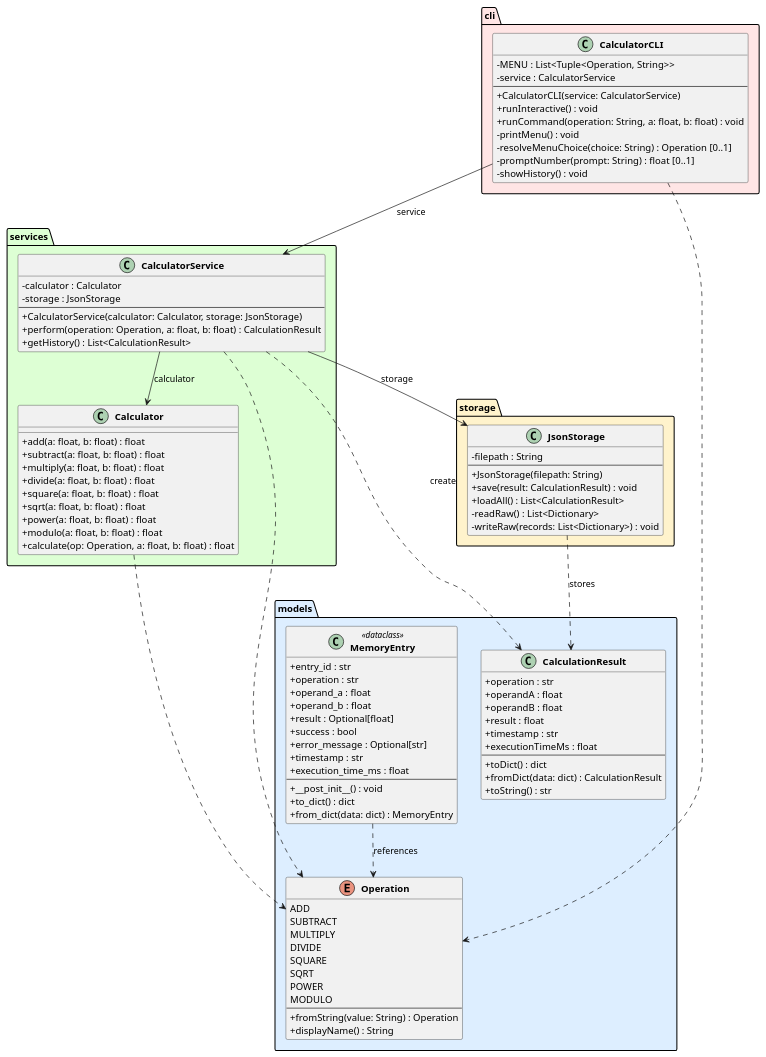
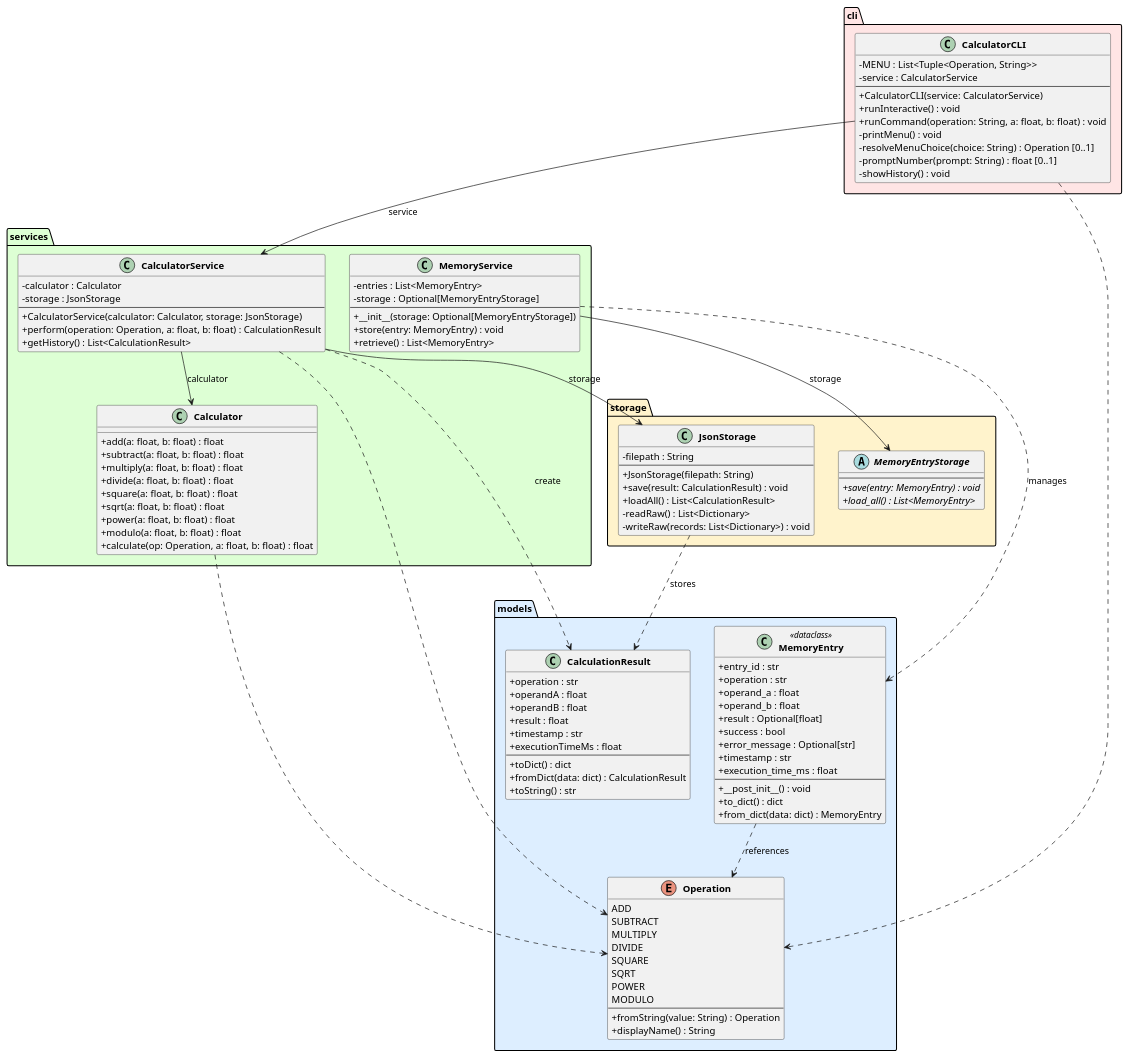
The diagram in experiments/pipeline/user_stories/calculator/artifacts/class_diagram.puml (DanielRiha8906/Software_autoevolution_using_agents), drawn with PlantUML before and after one commit. The commit also changed 7 other files, not shown here.

```diff
--- a/experiments/pipeline/user_stories/calculator/artifacts/class_diagram.puml
+++ b/experiments/pipeline/user_stories/calculator/artifacts/class_diagram.puml
@@ -1,112 +1,129 @@
 @startuml class_diagram
 
 skinparam classAttributeIconSize 0
 skinparam classFontStyle bold
 
 package "models" #DDEEFF {
     enum Operation {
         ADD
         SUBTRACT
         MULTIPLY
         DIVIDE
         SQUARE
         SQRT
         POWER
         MODULO
         --
         +fromString(value: String) : Operation
         +displayName() : String
     }
 
     class CalculationResult {
         +operation : str
         +operandA : float
         +operandB : float
         +result : float
         +timestamp : str
         +executionTimeMs : float
         --
         +toDict() : dict
         +fromDict(data: dict) : CalculationResult
         +toString() : str
     }
 
     class MemoryEntry <<dataclass>> {
         +entry_id : str
         +operation : str
         +operand_a : float
         +operand_b : float
         +result : Optional[float]
         +success : bool
         +error_message : Optional[str]
         +timestamp : str
         +execution_time_ms : float
         --
         +__post_init__() : void
         +to_dict() : dict
         +from_dict(data: dict) : MemoryEntry
     }
 }
 
 package "services" #DDFFD4 {
     class Calculator {
         +add(a: float, b: float) : float
         +subtract(a: float, b: float) : float
         +multiply(a: float, b: float) : float
         +divide(a: float, b: float) : float
         +square(a: float, b: float) : float
         +sqrt(a: float, b: float) : float
         +power(a: float, b: float) : float
         +modulo(a: float, b: float) : float
         +calculate(op: Operation, a: float, b: float) : float
     }
 
     class CalculatorService {
         -calculator : Calculator
         -storage : JsonStorage
         --
         +CalculatorService(calculator: Calculator, storage: JsonStorage)
         +perform(operation: Operation, a: float, b: float) : CalculationResult
         +getHistory() : List<CalculationResult>
     }
+
+    class MemoryService {
+        -entries : List<MemoryEntry>
+        -storage : Optional[MemoryEntryStorage]
+        --
+        +__init__(storage: Optional[MemoryEntryStorage])
+        +store(entry: MemoryEntry) : void
+        +retrieve() : List<MemoryEntry>
+    }
 }
 
 package "storage" #FFF3CC {
+    abstract class MemoryEntryStorage {
+        --
+        +{abstract} save(entry: MemoryEntry) : void
+        +{abstract} load_all() : List<MemoryEntry>
+    }
+
     class JsonStorage {
         -filepath : String
         --
         +JsonStorage(filepath: String)
         +save(result: CalculationResult) : void
         +loadAll() : List<CalculationResult>
         -readRaw() : List<Dictionary>
         -writeRaw(records: List<Dictionary>) : void
     }
 }
 
 package "cli" #FFE5E5 {
     class CalculatorCLI {
         -MENU : List<Tuple<Operation, String>>
         -service : CalculatorService
         --
         +CalculatorCLI(service: CalculatorService)
         +runInteractive() : void
         +runCommand(operation: String, a: float, b: float) : void
         -printMenu() : void
         -resolveMenuChoice(choice: String) : Operation [0..1]
         -promptNumber(prompt: String) : float [0..1]
         -showHistory() : void
     }
 }
 
 CalculatorCLI --> CalculatorService : service
 CalculatorService --> Calculator : calculator
 CalculatorService --> JsonStorage : storage
+MemoryService --> MemoryEntryStorage : storage
 
 CalculatorService ..> CalculationResult : create
 CalculatorService ..> Operation
 CalculatorCLI ..> Operation
 Calculator ..> Operation
 JsonStorage ..> CalculationResult : stores
+MemoryService ..> MemoryEntry : manages
 MemoryEntry ..> Operation : references
 
 @enduml
```
